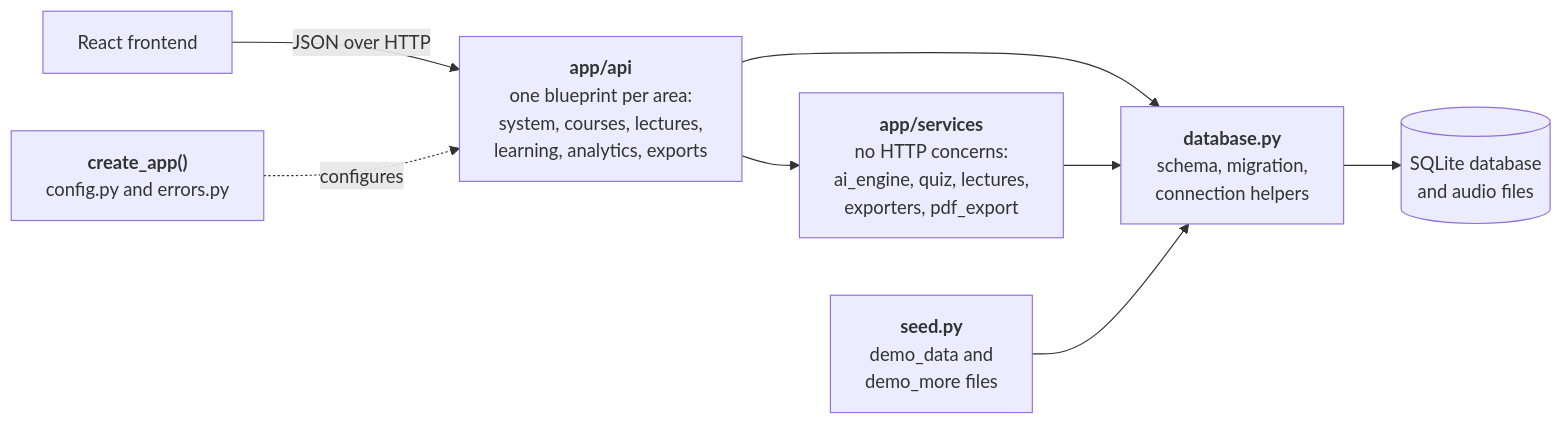
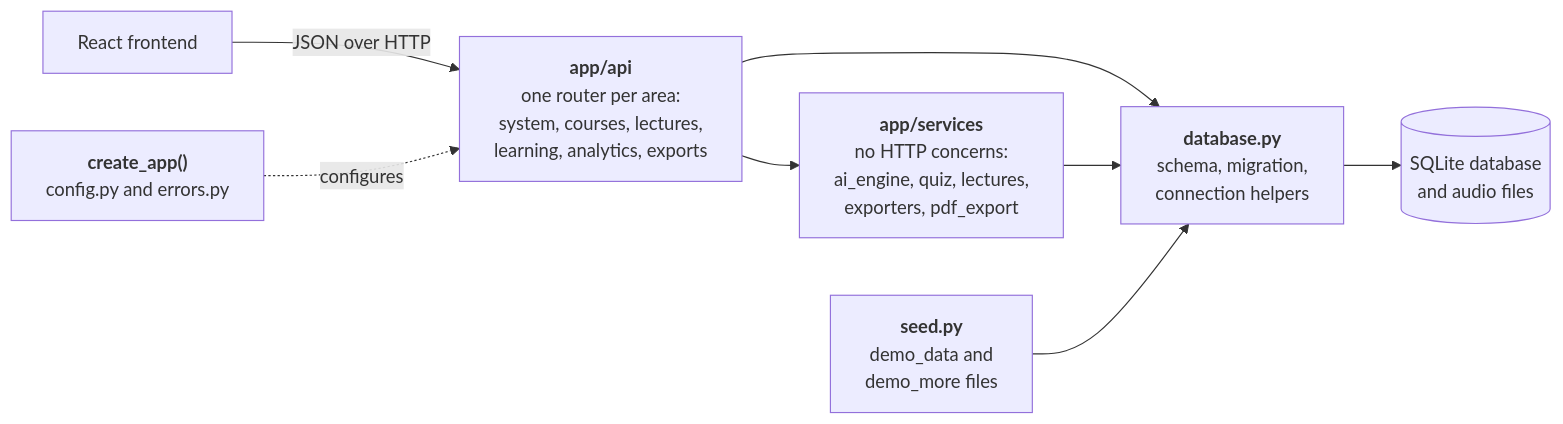
One commit to Kaifkhurshid7/classmind-ai changed the sixth of 9 diagrams in README.md. Above: the diagram before and after it, drawn with Mermaid. The commit also changed other lines of this file and 5 other files, not shown here.

````diff
--- a/README.md
+++ b/README.md
@@ -278,17 +278,17 @@
 ```mermaid
 flowchart LR
     FE["React frontend"] -->|"JSON over HTTP"| API
-    API["<b>app/api</b><br/>one blueprint per area:<br/>system, courses, lectures,<br/>learning, analytics, exports"]
+    API["<b>app/api</b><br/>one router per area:<br/>system, courses, lectures,<br/>learning, analytics, exports"]
     SVC["<b>app/services</b><br/>no HTTP concerns:<br/>ai_engine, quiz, lectures,<br/>exporters, pdf_export"]
     DBM["<b>database.py</b><br/>schema, migration,<br/>connection helpers"]
     STORE[("SQLite database<br/>and audio files")]
     CFG["<b>create_app()</b><br/>config.py and errors.py"]
     SEED["<b>seed.py</b><br/>demo_data and<br/>demo_more files"]
 
     CFG -.->|"configures"| API
     API --> SVC
     API --> DBM
     SVC --> DBM
     DBM --> STORE
     SEED --> DBM
 ```
````
